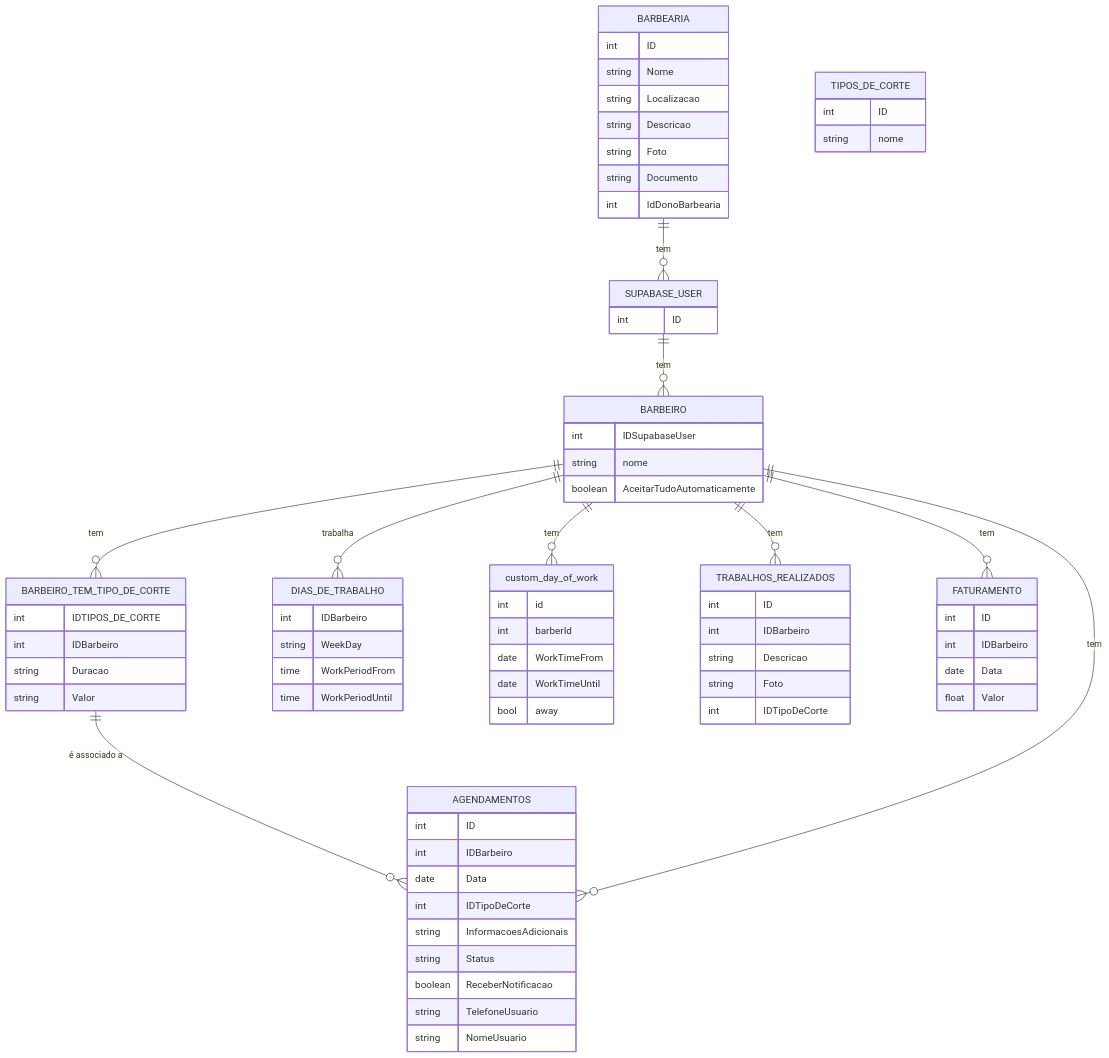
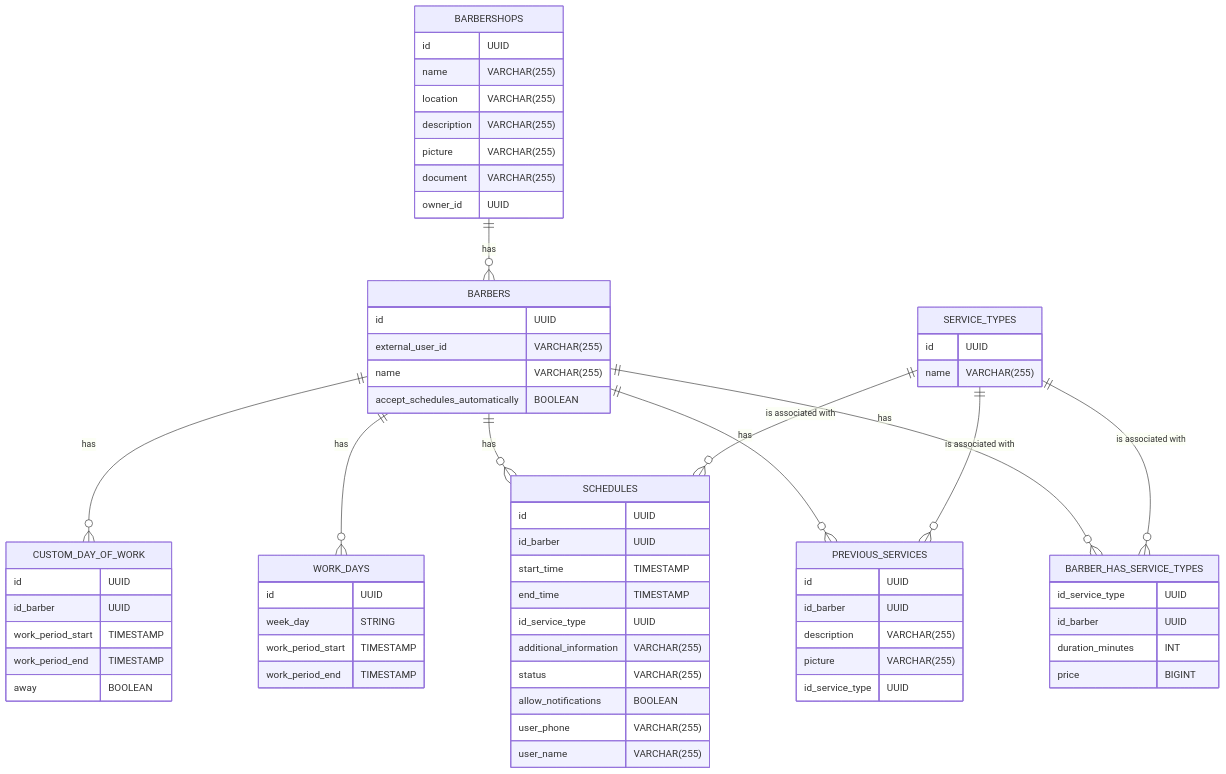
One commit to joaojhgs/saas-template changed the diagram in README.md. Above: the diagram before and after it, drawn with Mermaid.

Commit message:
docs: update mermaid js script

````diff
--- a/README.md
+++ b/README.md
@@ -44,77 +44,70 @@
 ```mermaid
 erDiagram
-    BARBEARIA {
-        int ID
-        string Nome
-        string Localizacao
-        string Descricao
-        string Foto
-        string Documento
-        int IdDonoBarbearia 
+    BARBERS {
+        id UUID
+        external_user_id VARCHAR(255)
+        name VARCHAR(255)
+        accept_schedules_automatically BOOLEAN
     }
-    TIPOS_DE_CORTE {
-        int ID
-        string nome
+    BARBERSHOPS {
+        id UUID
+        name VARCHAR(255)
+        location VARCHAR(255)
+        description VARCHAR(255)
+        picture VARCHAR(255)
+        document VARCHAR(255)
+        owner_id UUID
     }
-    BARBEIRO_TEM_TIPO_DE_CORTE {
-        int IDTIPOS_DE_CORTE
-        int IDBarbeiro
-        string Duracao
-        string Valor
+    PREVIOUS_SERVICES {
+        id UUID
+        id_barber UUID
+        description VARCHAR(255)
+        picture VARCHAR(255)
+        id_service_type UUID
     }
-    AGENDAMENTOS {
-        int ID
-        int IDBarbeiro
-        date Data
-        int IDTipoDeCorte
-        string InformacoesAdicionais
-        string Status
-        boolean ReceberNotificacao
-        string TelefoneUsuario
-        string NomeUsuario
+    SERVICE_TYPES {
+        id UUID
+        name VARCHAR(255)
     }
-    BARBEIRO {
-        int IDSupabaseUser
-        string nome
-        boolean AceitarTudoAutomaticamente
+    BARBER_HAS_SERVICE_TYPES {
+        id_service_type UUID
+        id_barber UUID
+        duration_minutes INT
+        price BIGINT
     }
-    DIAS_DE_TRABALHO {
-        int IDBarbeiro
-        string WeekDay
-        time WorkPeriodFrom
-        time WorkPeriodUntil
+    SCHEDULES {
+        id UUID
+        id_barber UUID
+        start_time TIMESTAMP
+        end_time TIMESTAMP
+        id_service_type UUID
+        additional_information VARCHAR(255)
+        status VARCHAR(255)
+        allow_notifications BOOLEAN
+        user_phone VARCHAR(255)
+        user_name VARCHAR(255)
     }
-    custom_day_of_work {
-        int id
-        int barberId
-        date WorkTimeFrom
-        date WorkTimeUntil
-        bool away
-    }  
-    TRABALHOS_REALIZADOS {
-        int ID
-        int IDBarbeiro
-        string Descricao
-        string Foto
-        int IDTipoDeCorte
+    WORK_DAYS {
+        id UUID
+        week_day STRING
+        work_period_start TIMESTAMP
+        work_period_end TIMESTAMP
     }
-    FATURAMENTO {
-        int ID
-        int IDBarbeiro
-        date Data
-        float Valor
-    }
-    SUPABASE_USER {
-        int ID
+    CUSTOM_DAY_OF_WORK {
+        id UUID
+        id_barber UUID
+        work_period_start TIMESTAMP
+        work_period_end TIMESTAMP
+        away BOOLEAN
     }
     
-    BARBEIRO_TEM_TIPO_DE_CORTE ||--o{ AGENDAMENTOS : "é associado a"
-    BARBEIRO ||--o{ BARBEIRO_TEM_TIPO_DE_CORTE : "tem"
-    BARBEIRO ||--o{ AGENDAMENTOS : "tem"
-    SUPABASE_USER ||--o{ BARBEIRO : "tem"
-    BARBEIRO ||--o{ TRABALHOS_REALIZADOS : "tem"
-    BARBEIRO ||--o{ custom_day_of_work : "tem"
-    BARBEIRO ||--o{ FATURAMENTO : "tem"
-    BARBEIRO ||--o{ DIAS_DE_TRABALHO : "trabalha"
-    BARBEARIA ||--o{ SUPABASE_USER : "tem"
+    BARBERS ||--o{ BARBER_HAS_SERVICE_TYPES : "has"
+    BARBERS ||--o{ SCHEDULES : "has"
+    BARBERS ||--o{ PREVIOUS_SERVICES : "has"
+    BARBERSHOPS ||--o{ BARBERS : "has"
+    SERVICE_TYPES ||--o{ BARBER_HAS_SERVICE_TYPES : "is associated with"
+    SERVICE_TYPES ||--o{ PREVIOUS_SERVICES : "is associated with"
+    SERVICE_TYPES ||--o{ SCHEDULES : "is associated with"
+    BARBERS ||--o{ WORK_DAYS : "has"
+    BARBERS ||--o{ CUSTOM_DAY_OF_WORK : "has"
 ```
````
